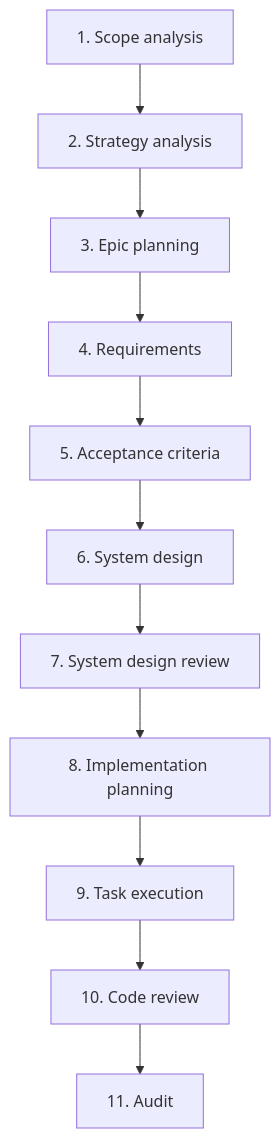
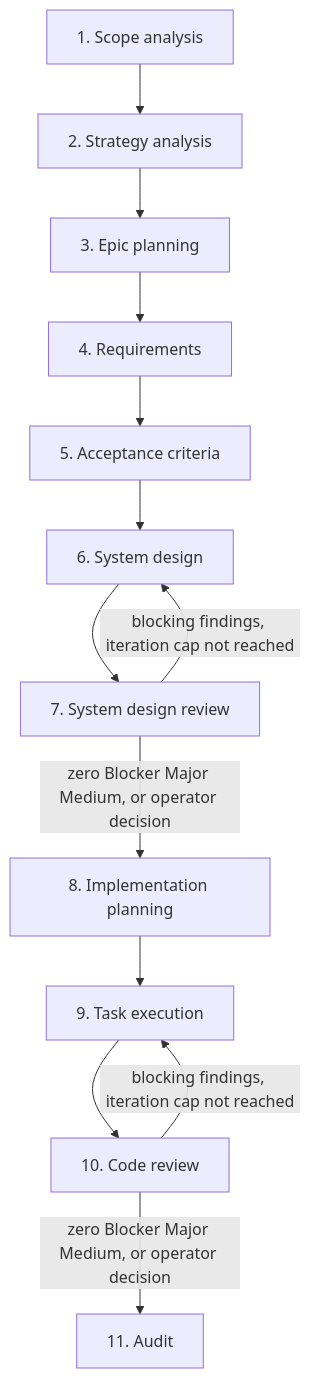
The first of 2 diagrams in ai-sdlc/specification/pipeline.spec.md (asubbot/personal-assistant), drawn with Mermaid before and after one commit. The commit also changed other lines of this file and 10 other files, not shown here.

````diff
--- a/ai-sdlc/specification/pipeline.spec.md
+++ b/ai-sdlc/specification/pipeline.spec.md
@@ -16,15 +29,20 @@
 ```mermaid
 flowchart TB
   A[1. Scope analysis]
   B[2. Strategy analysis]
   C[3. Epic planning]
   D[4. Requirements]
   E[5. Acceptance criteria]
   F[6. System design]
   G[7. System design review]
   H[8. Implementation planning]
   I[9. Task execution]
   J[10. Code review]
   K[11. Audit]
-  A --> B --> C --> D --> E --> F --> G --> H --> I --> J --> K
+  A --> B --> C --> D --> E --> F --> G
+  G -->|blocking findings, iteration cap not reached| F
+  G -->|zero Blocker Major Medium, or operator decision| H
+  H --> I --> J
+  J -->|blocking findings, iteration cap not reached| I
+  J -->|zero Blocker Major Medium, or operator decision| K
 ```
````
